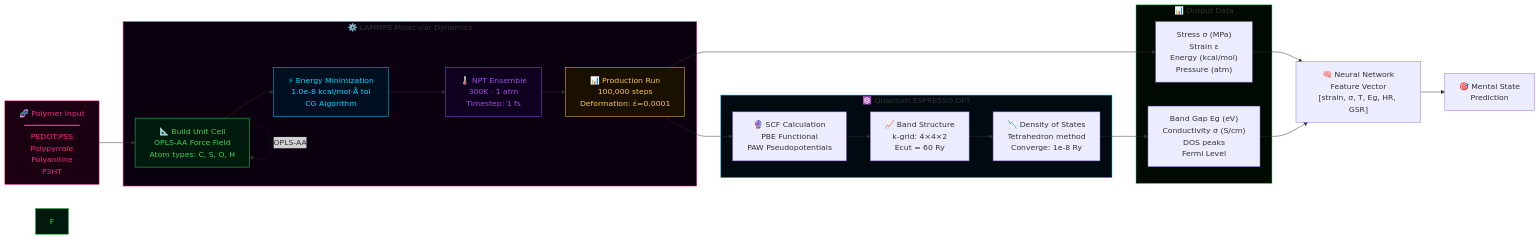
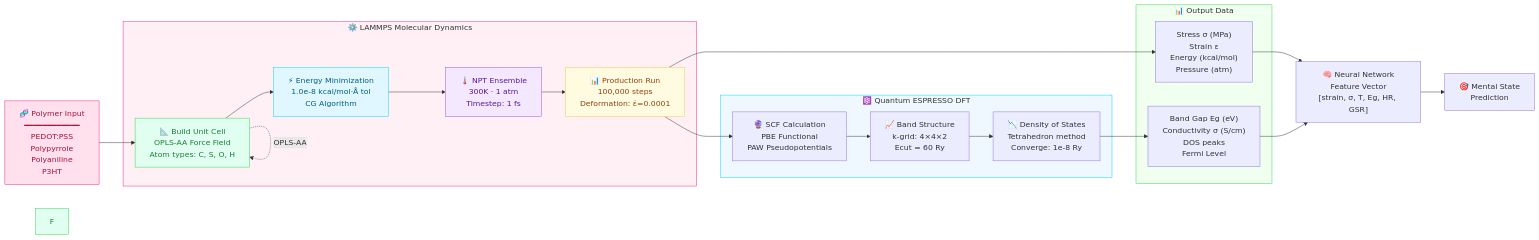
One commit to anshsharmacse/emotionalmaterials changed the third of 16 diagrams in README.md. Above: the diagram before and after it, drawn with Mermaid. The commit also changed other lines of this file, not shown here.

````diff
--- a/README.md
+++ b/README.md
@@ -219,39 +219,39 @@
 ```mermaid
 flowchart LR
-    style A fill:#1a0010,stroke:#f72585,color:#f72585
-    style B fill:#001a0d,stroke:#39d353,color:#39d353
-    style C fill:#001020,stroke:#00d4ff,color:#00d4ff
-    style D fill:#100020,stroke:#9d4edd,color:#9d4edd
-    style E fill:#1a1000,stroke:#f9c74f,color:#f9c74f
-    style F fill:#001a0d,stroke:#39d353,color:#39d353
+    style A fill:#ffe0ec,stroke:#f72585,color:#a4133c
+    style B fill:#e0fff0,stroke:#39d353,color:#1a7f37
+    style C fill:#e0f7ff,stroke:#00d4ff,color:#006080
+    style D fill:#f3e8ff,stroke:#9d4edd,color:#5a189a
+    style E fill:#fffbe0,stroke:#f9c74f,color:#92400e
+    style F fill:#e0fff0,stroke:#39d353,color:#1a7f37
 
     A["🧬 Polymer Input\n━━━━━━━━━━━━\nPEDOT:PSS\nPolypyrrole\nPolyaniline\nP3HT"]
 
     subgraph LAMMPS_BLOCK["⚙️  LAMMPS Molecular Dynamics"]
         B["📐 Build Unit Cell\nOPLS-AA Force Field\nAtom types: C, S, O, H"]
         C["⚡ Energy Minimization\n1.0e-8 kcal/mol·Å tol\nCG Algorithm"]
         D["🌡️ NPT Ensemble\n300K · 1 atm\nTimestep: 1 fs"]
         E["📊 Production Run\n100,000 steps\nDeformation: ε̇=0.0001"]
     end
 
     subgraph QE_BLOCK["⚛️  Quantum ESPRESSO DFT"]
         F2["🔮 SCF Calculation\nPBE Functional\nPAW Pseudopotentials"]
         G["📈 Band Structure\nk-grid: 4×4×2\nEcut = 60 Ry"]
         H["📉 Density of States\nTetrahedron method\nConverge: 1e-8 Ry"]
     end
 
     subgraph OUT["📊 Output Data"]
         I["Stress σ (MPa)\nStrain ε\nEnergy (kcal/mol)\nPressure (atm)"]
         J["Band Gap Eg (eV)\nConductivity σ (S/cm)\nDOS peaks\nFermi Level"]
     end
 
     A --> B --> C --> D --> E --> I
     E --> F2 --> G --> H --> J
     I & J --> K["🧠 Neural Network\nFeature Vector\n[strain, σ, T, Eg, HR, GSR]"]
     K --> L["🎯 Mental State\nPrediction"]
 
     B -.->|"OPLS-AA"| B
-    style LAMMPS_BLOCK fill:#0a0010,stroke:#f72585
-    style QE_BLOCK fill:#000a10,stroke:#00d4ff
-    style OUT fill:#000a00,stroke:#39d353
+    style LAMMPS_BLOCK fill:#fff0f5,stroke:#f72585
+    style QE_BLOCK fill:#f0f8ff,stroke:#00d4ff
+    style OUT fill:#f0fff0,stroke:#39d353
 ```
````
